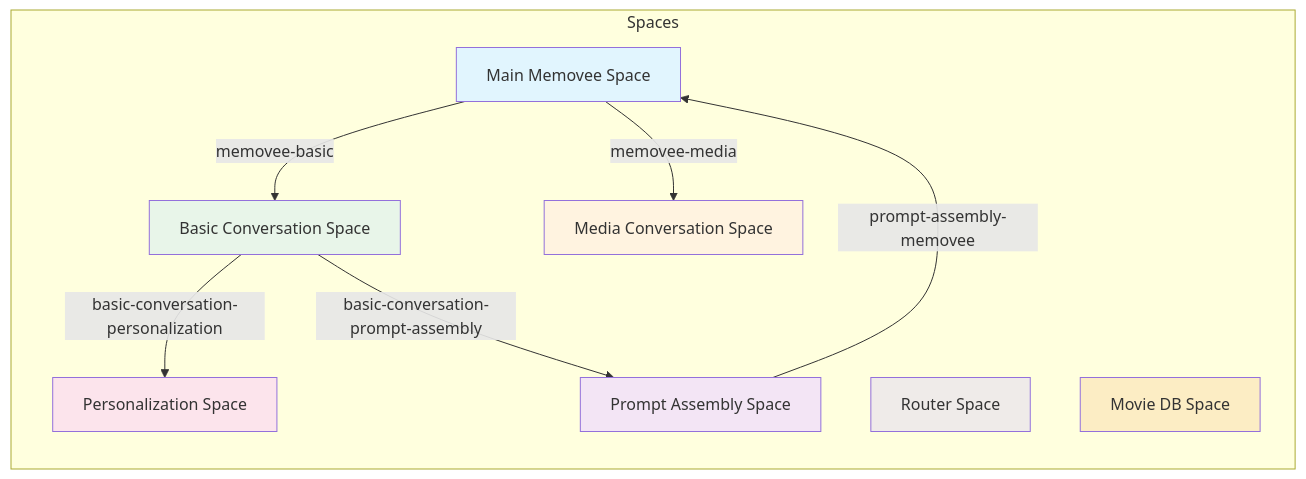
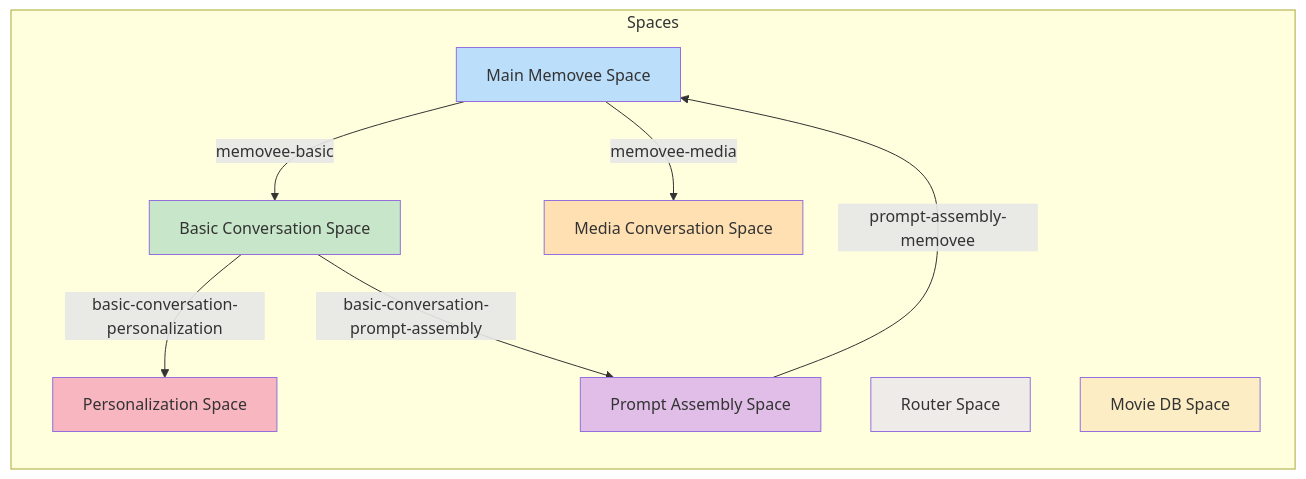
Before and after one commit to upmaru/memovee-tama: the diagram in README.md, drawn with Mermaid.

Commit message:
Update color

````diff
--- a/README.md
+++ b/README.md
@@ -58,26 +58,28 @@
 ```mermaid
 graph LR
     subgraph Spaces
         A[Main Memovee Space] 
         B[Basic Conversation Space]
         C[Media Conversation Space]
         D[Personalization Space]
         E[Prompt Assembly Space]
         F[Router Space]
         G[Movie DB Space]
     end
     
     A -- "memovee-basic" --> B
     A -- "memovee-media" --> C
     B -- "basic-conversation-personalization" --> D
     B -- "basic-conversation-prompt-assembly" --> E
     E -- "prompt-assembly-memovee" --> A
     
-    style A fill:#e1f5fe
-    style B fill:#e8f5e9
-    style C fill:#fff3e0
-    style D fill:#fce4ec
-    style E fill:#f3e5f5
+    style A fill:#bbdefb
+    style B fill:#c8e6c9
+    style C fill:#ffe0b2
+    style D fill:#f8b6c0
+    style E fill:#e1bee7
+    style F fill:#d7ccc8
+    style G fill:#ffd599
     style F fill:#efebe9
     style G fill:#fcedc4
 ```
````
